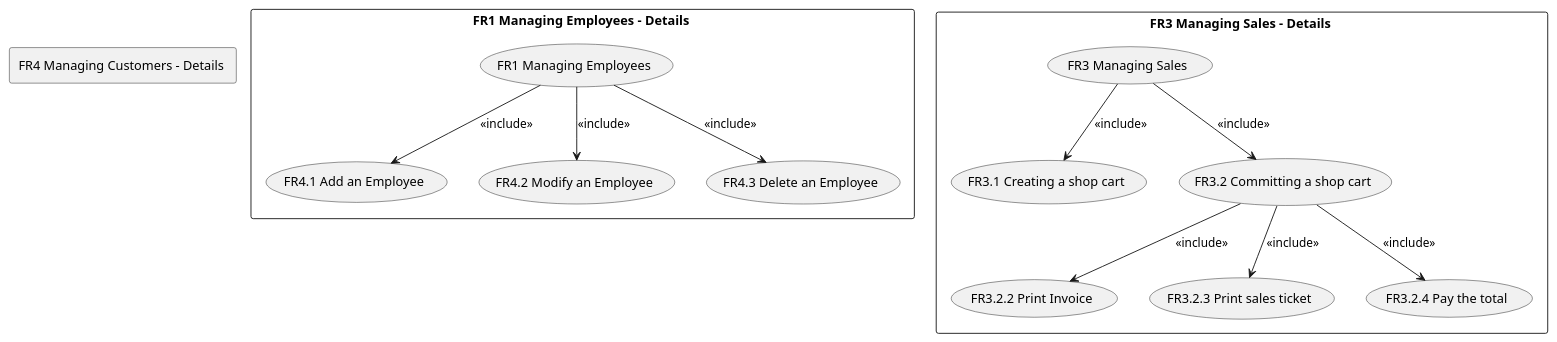
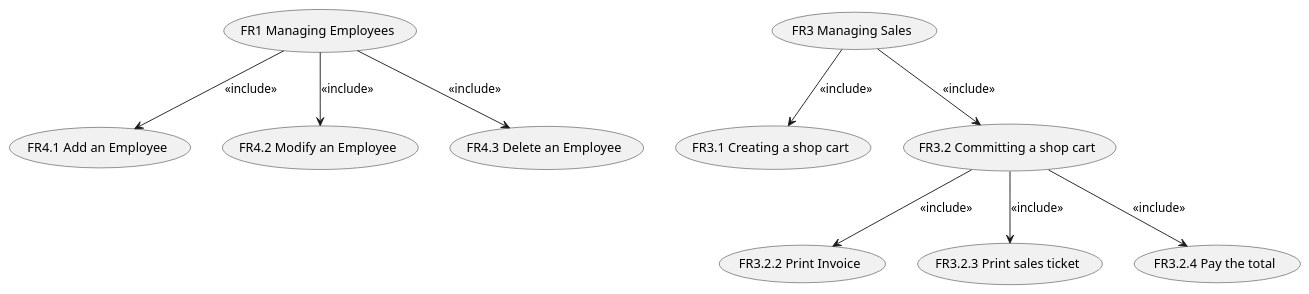
Before and after one commit to thegabriele97/EzShop: the third of 3 diagrams in Deliverables/RequirementsDocument.md, drawn with PlantUML.

Commit message:
docs: updated UCD

````diff
--- a/Deliverables/RequirementsDocument.md
+++ b/Deliverables/RequirementsDocument.md
@@ -210,35 +210,31 @@
 ```plantuml
-rectangle "FR1 Managing Employees - Details " {
-    usecase "FR1 Managing Employees" as memployee
-    usecase "FR1.1 Add an Employee" as addemployee
-    usecase "FR1.2 Modify an Employee" as modifyemployee
-    usecase "FR1.3 Delete an Employee" as rememployee
+usecase "FR1 Managing Employees" as memployee
+usecase "FR1.1 Add an Employee" as addemployee
+usecase "FR1.2 Modify an Employee" as modifyemployee
+usecase "FR1.3 Delete an Employee" as rememployee
 
-    memployee --> addemployee : <<include>>
-    memployee --> modifyemployee : <<include>>
-    memployee --> rememployee : <<include>>
-}
+memployee --> addemployee : <<include>>
+memployee --> modifyemployee : <<include>>
+memployee --> rememployee : <<include>>
 
-rectangle "FR3 Managing Sales - Details " {
-    usecase "FR3 Managing Sales" as mngsales
-    usecase "FR3.1 Creating a shop cart" as addshopcart
-    usecase "FR3.2 Committing a shop cart" as confirmcart
-    usecase "FR3.2.2 Print Invoice" as printinvoice
-    usecase "FR3.2.3 Print sales ticket" as printicket
-    usecase "FR3.2.4 Pay the total" as paytotal
 
-    mngsales --> addshopcart : <<include>>
-    mngsales --> confirmcart : <<include>>
-    
-    confirmcart --> printinvoice : <<include>>
-    confirmcart --> printicket : <<include>>
-    confirmcart --> paytotal : <<include>>
+usecase "FR3 Managing Sales" as mngsales
+usecase "FR3.1 Creating a shop cart" as addshopcart
+usecase "FR3.2 Committing a shop cart" as confirmcart
+usecase "FR3.2.2 Print Invoice" as printinvoice
+usecase "FR3.2.3 Print sales ticket" as printicket
+usecase "FR3.2.4 Pay the total" as paytotal
 
-}
+mngsales --> addshopcart : <<include>>
+mngsales --> confirmcart : <<include>>
 
-rectangle "FR4 Managing Customers - Details " {
-    usecase "FR4.1 Add an Employee" as addemployee
-    usecase "FR4.2 Modify an Employee" as modifyemployee
-    usecase "FR4.3 Delete an Employee" as rememployee
-}
+confirmcart --> printinvoice : <<include>>
+confirmcart --> printicket : <<include>>
+confirmcart --> paytotal : <<include>>
+
+
+usecase "FR4.1 Add an Employee" as addemployee
+usecase "FR4.2 Modify an Employee" as modifyemployee
+usecase "FR4.3 Delete an Employee" as rememployee
+
 ```
````
